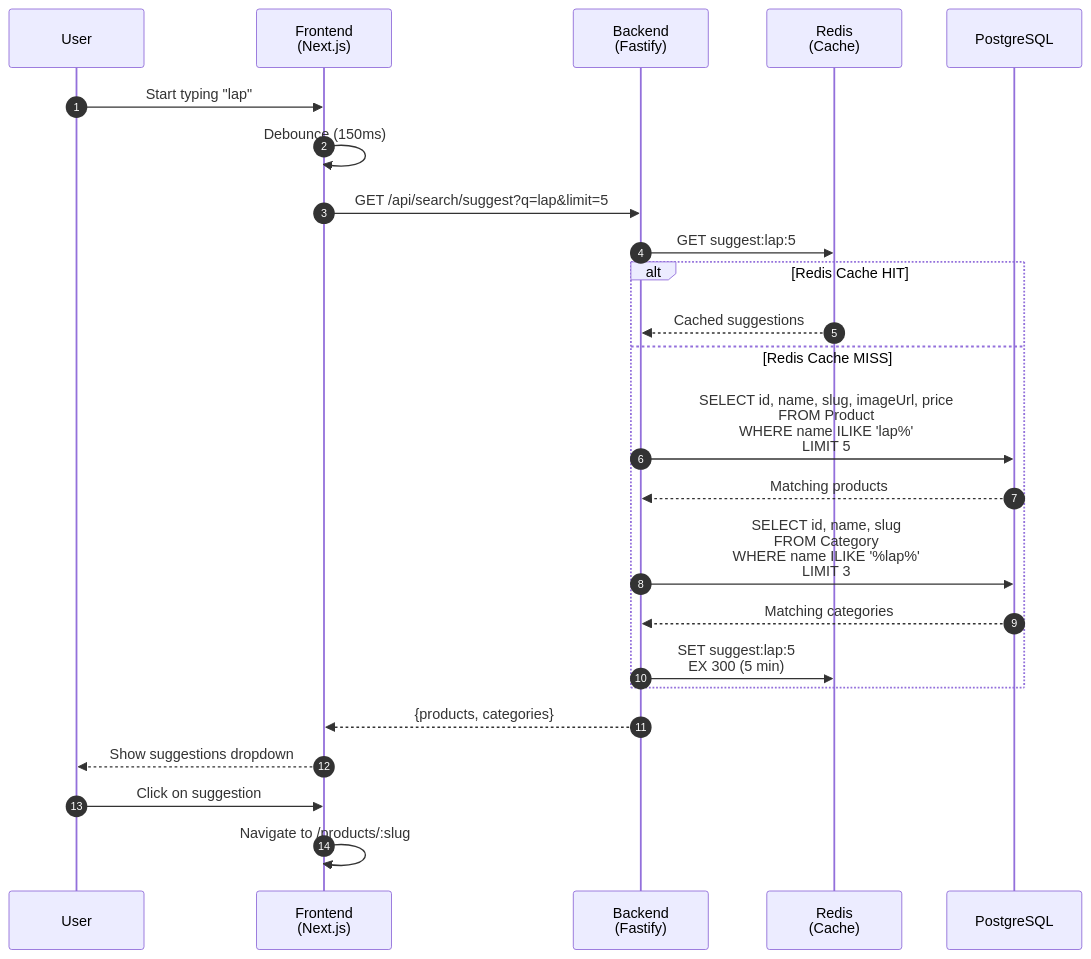
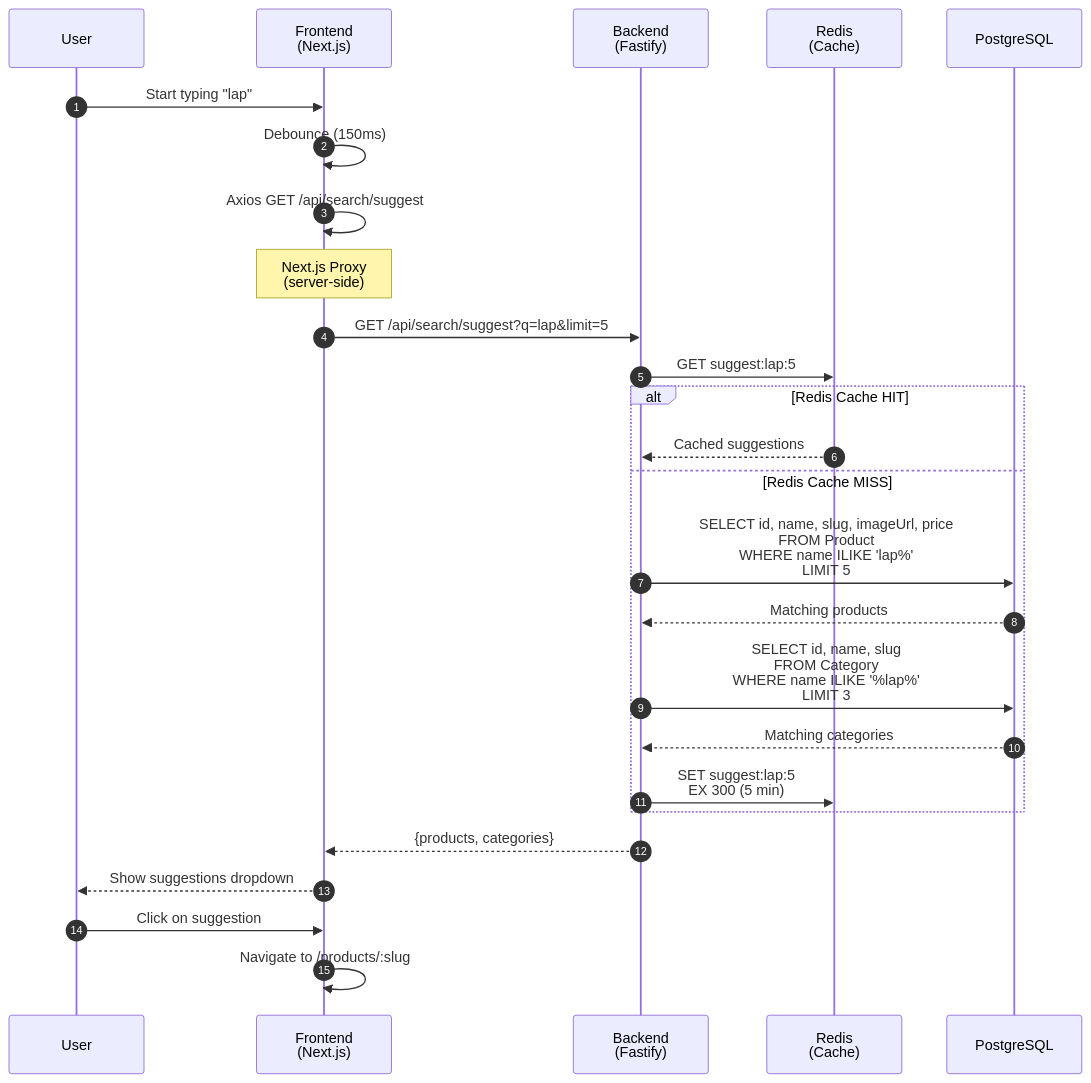
The ninth of 10 diagrams in ecommerce-demo/slides/SEQUENCE_DIAGRAMS_eng.md (lorenzogirardi/ai-ecom-demo), drawn with Mermaid before and after one commit. The commit also changed other lines of this file and 1 other file, not shown here.

First line of the commit message:
docs: update sequence diagrams with Next.js proxy pattern

````diff
--- a/ecommerce-demo/slides/SEQUENCE_DIAGRAMS_eng.md
+++ b/ecommerce-demo/slides/SEQUENCE_DIAGRAMS_eng.md
@@ -312,30 +328,32 @@
 ```mermaid
 sequenceDiagram
     autonumber
     participant U as User
     participant FE as Frontend<br/>(Next.js)
     participant BE as Backend<br/>(Fastify)
     participant Redis as Redis<br/>(Cache)
     participant DB as PostgreSQL
 
     U->>FE: Start typing "lap"
     FE->>FE: Debounce (150ms)
+    FE->>FE: Axios GET /api/search/suggest
+    Note over FE: Next.js Proxy<br/>(server-side)
     FE->>BE: GET /api/search/suggest?q=lap&limit=5
     BE->>Redis: GET suggest:lap:5
 
     alt Redis Cache HIT
         Redis-->>BE: Cached suggestions
     else Redis Cache MISS
         BE->>DB: SELECT id, name, slug, imageUrl, price<br/>FROM Product<br/>WHERE name ILIKE 'lap%'<br/>LIMIT 5
         DB-->>BE: Matching products
         BE->>DB: SELECT id, name, slug<br/>FROM Category<br/>WHERE name ILIKE '%lap%'<br/>LIMIT 3
         DB-->>BE: Matching categories
         BE->>Redis: SET suggest:lap:5<br/>EX 300 (5 min)
     end
 
     BE-->>FE: {products, categories}
     FE-->>U: Show suggestions dropdown
 
     U->>FE: Click on suggestion
     FE->>FE: Navigate to /products/:slug
 ```
````
